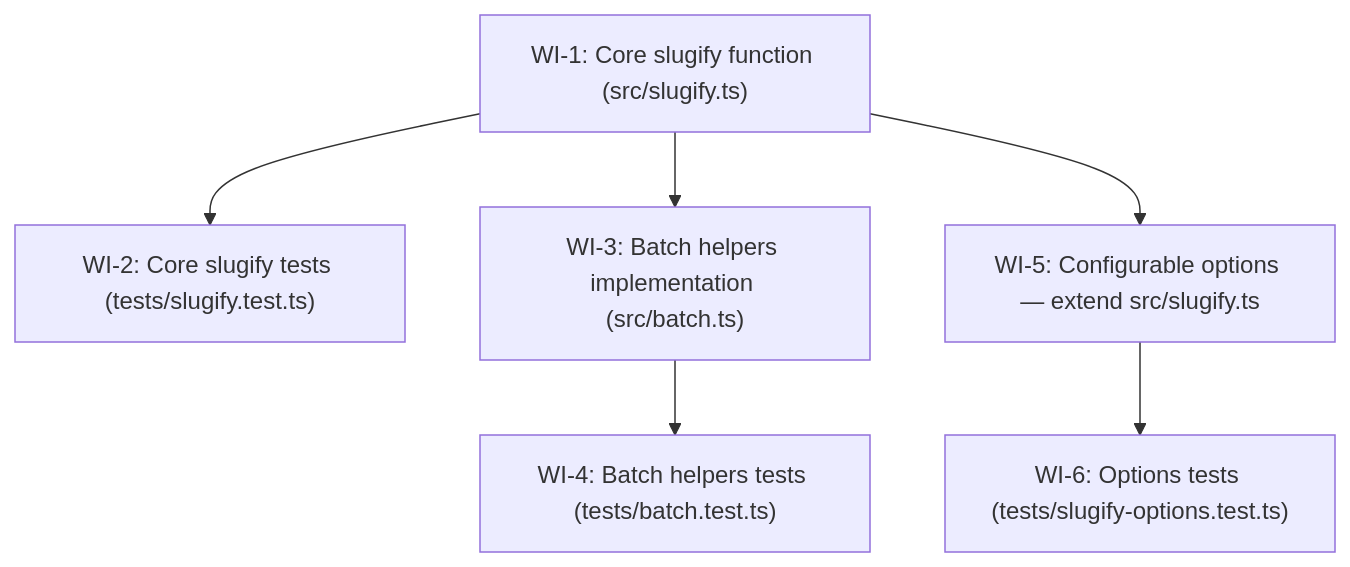
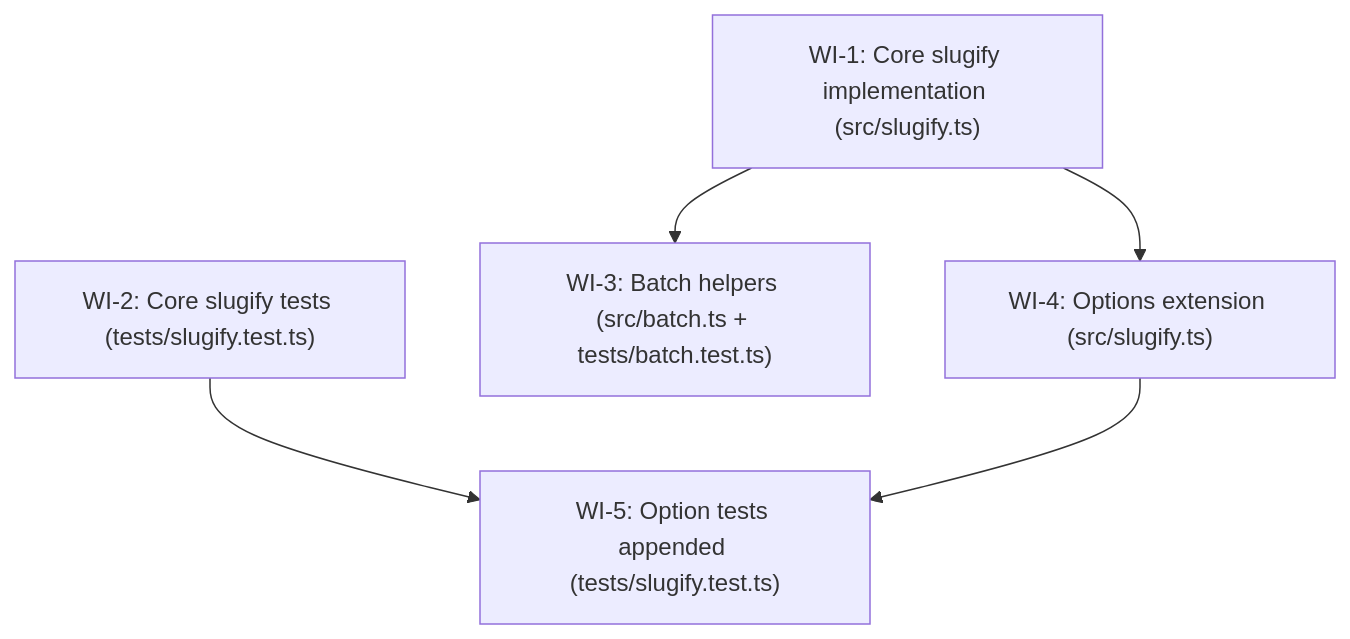
Before and after one commit to parsoFish/forge-studio: the diagram in _meta/iteration/demonstration/artifacts/02-project-manager/work-items/_graph.md, drawn with Mermaid. The commit also changed other lines of this file and 32 other files, not shown here.

````diff
--- a/_meta/iteration/demonstration/artifacts/02-project-manager/work-items/_graph.md
+++ b/_meta/iteration/demonstration/artifacts/02-project-manager/work-items/_graph.md
@@ -3,14 +3,12 @@
 ```mermaid
 graph TD
-    WI-1["WI-1: Core slugify function (src/slugify.ts)"]
+    WI-1["WI-1: Core slugify implementation (src/slugify.ts)"]
     WI-2["WI-2: Core slugify tests (tests/slugify.test.ts)"]
-    WI-3["WI-3: Batch helpers implementation (src/batch.ts)"]
-    WI-4["WI-4: Batch helpers tests (tests/batch.test.ts)"]
-    WI-5["WI-5: Configurable options — extend src/slugify.ts"]
-    WI-6["WI-6: Options tests (tests/slugify-options.test.ts)"]
-    WI-1 --> WI-2
+    WI-3["WI-3: Batch helpers (src/batch.ts + tests/batch.test.ts)"]
+    WI-4["WI-4: Options extension (src/slugify.ts)"]
+    WI-5["WI-5: Option tests appended (tests/slugify.test.ts)"]
     WI-1 --> WI-3
-    WI-1 --> WI-5
-    WI-3 --> WI-4
-    WI-5 --> WI-6
+    WI-1 --> WI-4
+    WI-2 --> WI-5
+    WI-4 --> WI-5
 ```
````
